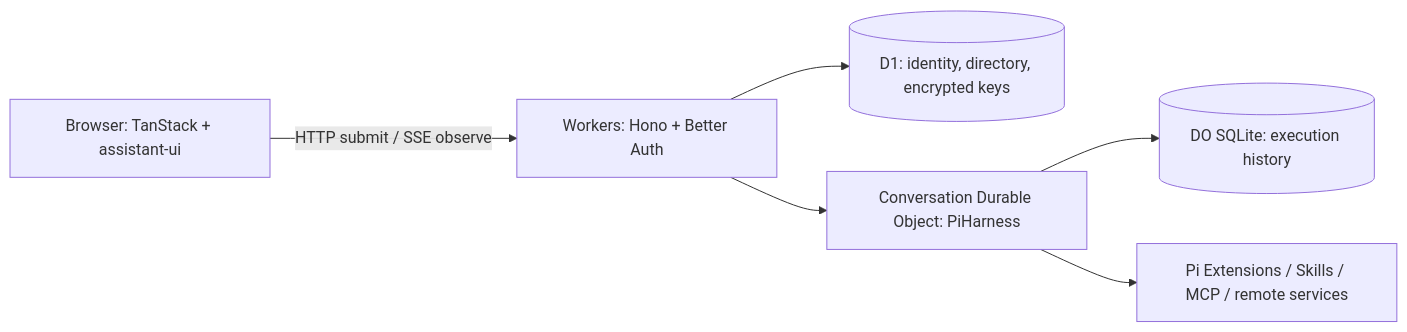
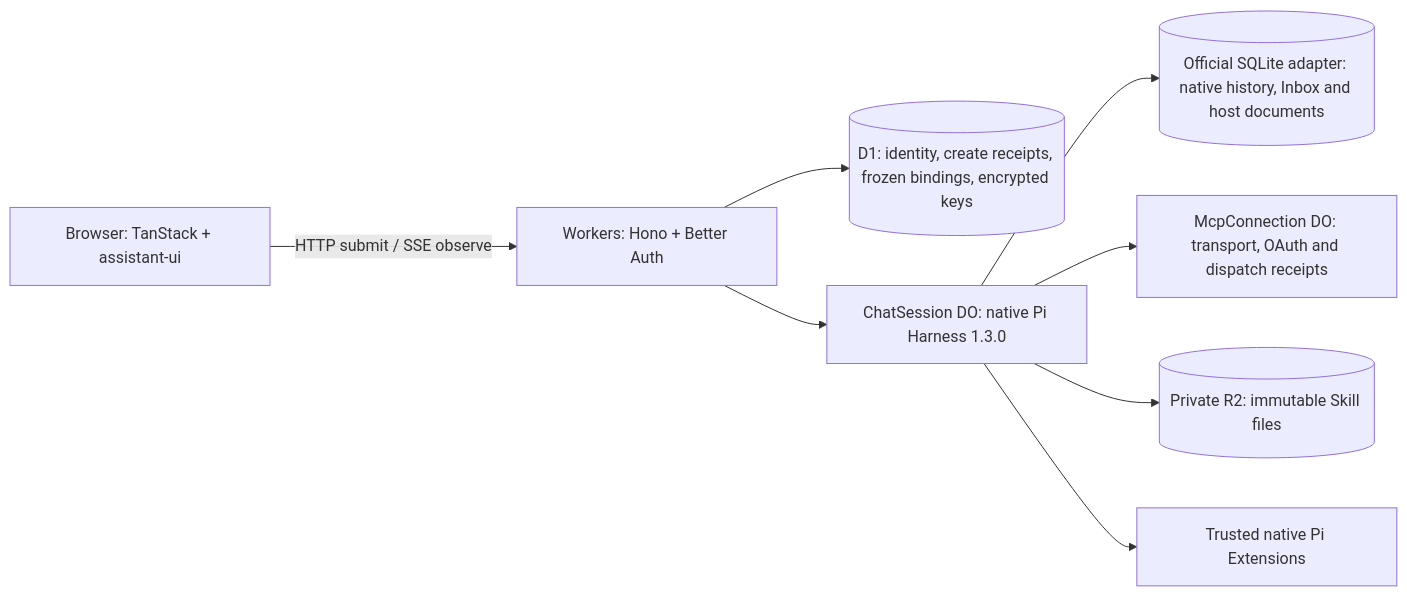
One commit to Yukee-798/mkharness changed the diagram in README.md. Above: the diagram before and after it, drawn with Mermaid. The commit also changed other lines of this file and 206 other files, not shown here.

````diff
--- a/README.md
+++ b/README.md
@@ -179,8 +191,10 @@
 ```mermaid
 flowchart LR
   UI[Browser: TanStack + assistant-ui] -->|HTTP submit / SSE observe| API[Workers: Hono + Better Auth]
-  API --> DB[(D1: identity, directory, encrypted keys)]
-  API --> DO[Conversation Durable Object: PiHarness]
-  DO --> History[(DO SQLite: execution history)]
-  DO --> Tools[Pi Extensions / Skills / MCP / remote services]
+  API --> DB[(D1: identity, create receipts, frozen bindings, encrypted keys)]
+  API --> DO[ChatSession DO: native Pi Harness 1.3.0]
+  DO --> History[(Official SQLite adapter: native history, Inbox and host documents)]
+  DO --> MCP[McpConnection DO: transport, OAuth and dispatch receipts]
+  DO --> Skills[(Private R2: immutable Skill files)]
+  DO --> Tools[Trusted native Pi Extensions]
 ```
````
